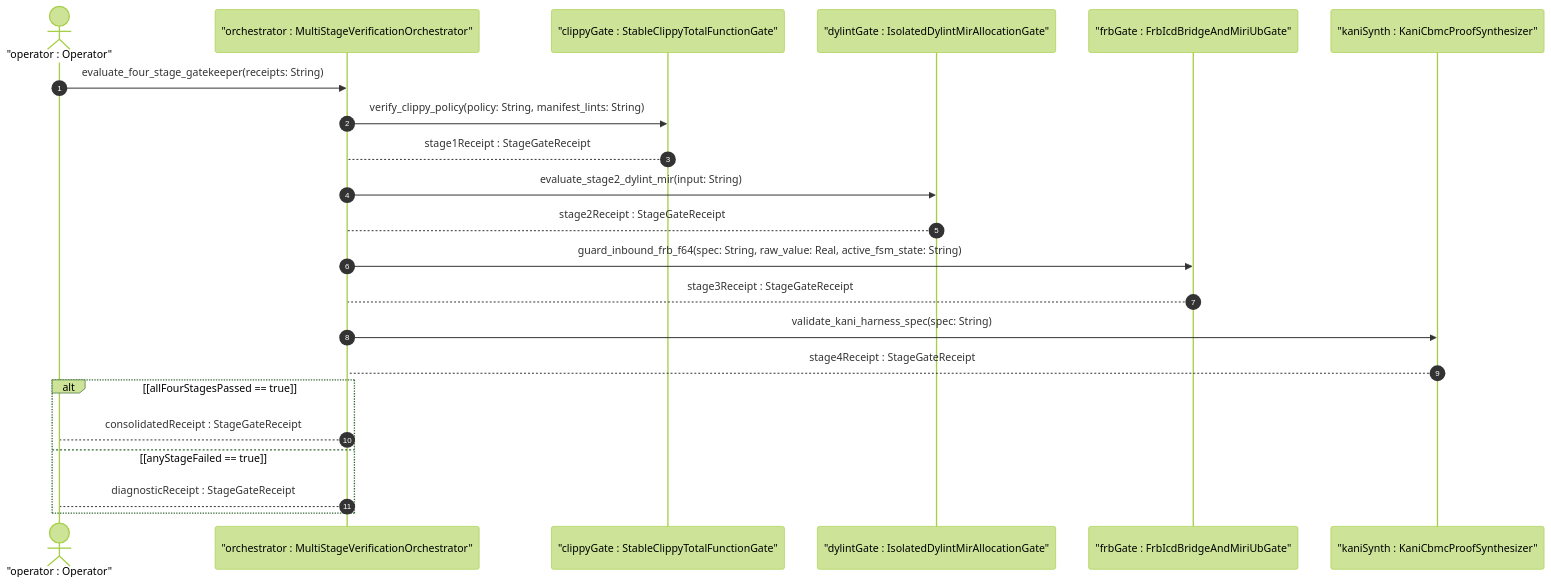
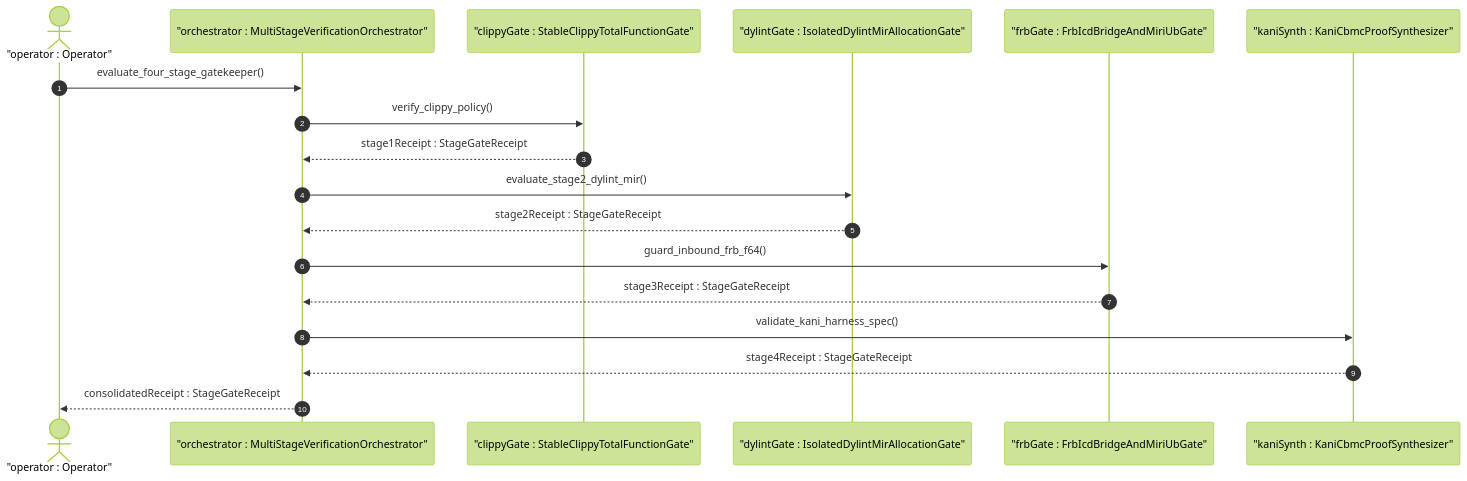
The first of 2 diagrams in .pipeline/upstream/docs/user-stories/US-65-evaluate_four_stage_gatekeeper.md (gintatkinson/DEAP01-spec-core), drawn with Mermaid (forest theme) before and after one commit. The commit also changed other lines of this file and 88 other files, not shown here.

````diff
--- a/.pipeline/upstream/docs/user-stories/US-65-evaluate_four_stage_gatekeeper.md
+++ b/.pipeline/upstream/docs/user-stories/US-65-evaluate_four_stage_gatekeeper.md
@@ -38,24 +38,20 @@
 ```mermaid
 sequenceDiagram
     autonumber
     actor Operator as "operator : Operator"
     participant MultiStageVerificationOrchestrator as "orchestrator : MultiStageVerificationOrchestrator"
     participant StableClippyTotalFunctionGate as "clippyGate : StableClippyTotalFunctionGate"
     participant IsolatedDylintMirAllocationGate as "dylintGate : IsolatedDylintMirAllocationGate"
     participant FrbIcdBridgeAndMiriUbGate as "frbGate : FrbIcdBridgeAndMiriUbGate"
     participant KaniCbmcProofSynthesizer as "kaniSynth : KaniCbmcProofSynthesizer"
-    Operator->>MultiStageVerificationOrchestrator: evaluate_four_stage_gatekeeper(receipts: String)
-    MultiStageVerificationOrchestrator->>StableClippyTotalFunctionGate: verify_clippy_policy(policy: String, manifest_lints: String)
-    StableClippyTotalFunctionGate-->MultiStageVerificationOrchestrator: stage1Receipt : StageGateReceipt
-    MultiStageVerificationOrchestrator->>IsolatedDylintMirAllocationGate: evaluate_stage2_dylint_mir(input: String)
-    IsolatedDylintMirAllocationGate-->MultiStageVerificationOrchestrator: stage2Receipt : StageGateReceipt
-    MultiStageVerificationOrchestrator->>FrbIcdBridgeAndMiriUbGate: guard_inbound_frb_f64(spec: String, raw_value: Real, active_fsm_state: String)
-    FrbIcdBridgeAndMiriUbGate-->MultiStageVerificationOrchestrator: stage3Receipt : StageGateReceipt
-    MultiStageVerificationOrchestrator->>KaniCbmcProofSynthesizer: validate_kani_harness_spec(spec: String)
-    KaniCbmcProofSynthesizer-->MultiStageVerificationOrchestrator: stage4Receipt : StageGateReceipt
-    alt [allFourStagesPassed == true]
-        MultiStageVerificationOrchestrator-->Operator: consolidatedReceipt : StageGateReceipt
-    else [anyStageFailed == true]
-        MultiStageVerificationOrchestrator-->Operator: diagnosticReceipt : StageGateReceipt
-    end
+    Operator->>MultiStageVerificationOrchestrator: evaluate_four_stage_gatekeeper()
+    MultiStageVerificationOrchestrator->>StableClippyTotalFunctionGate: verify_clippy_policy()
+    StableClippyTotalFunctionGate-->>MultiStageVerificationOrchestrator: stage1Receipt : StageGateReceipt
+    MultiStageVerificationOrchestrator->>IsolatedDylintMirAllocationGate: evaluate_stage2_dylint_mir()
+    IsolatedDylintMirAllocationGate-->>MultiStageVerificationOrchestrator: stage2Receipt : StageGateReceipt
+    MultiStageVerificationOrchestrator->>FrbIcdBridgeAndMiriUbGate: guard_inbound_frb_f64()
+    FrbIcdBridgeAndMiriUbGate-->>MultiStageVerificationOrchestrator: stage3Receipt : StageGateReceipt
+    MultiStageVerificationOrchestrator->>KaniCbmcProofSynthesizer: validate_kani_harness_spec()
+    KaniCbmcProofSynthesizer-->>MultiStageVerificationOrchestrator: stage4Receipt : StageGateReceipt
+    MultiStageVerificationOrchestrator-->>Operator: consolidatedReceipt : StageGateReceipt
 ```
````
